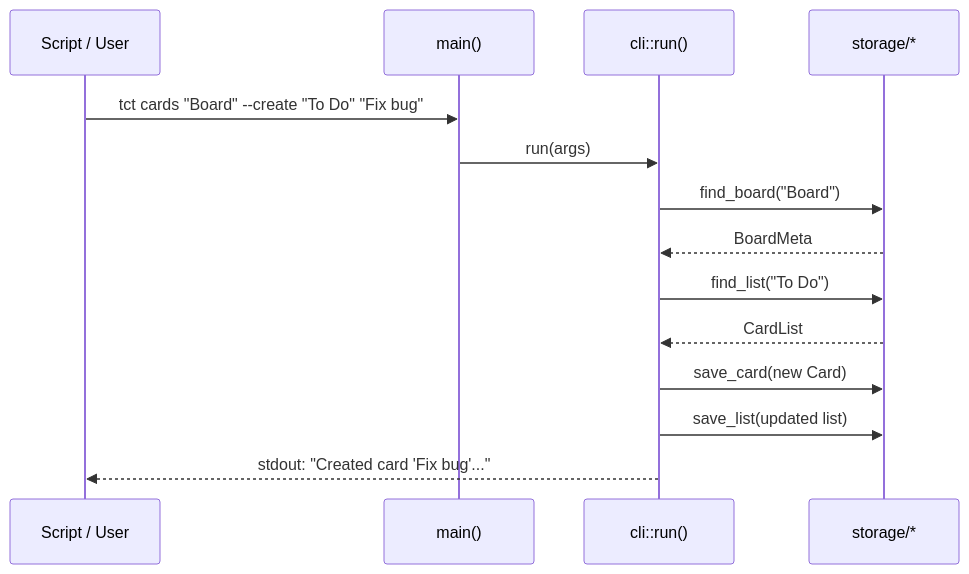
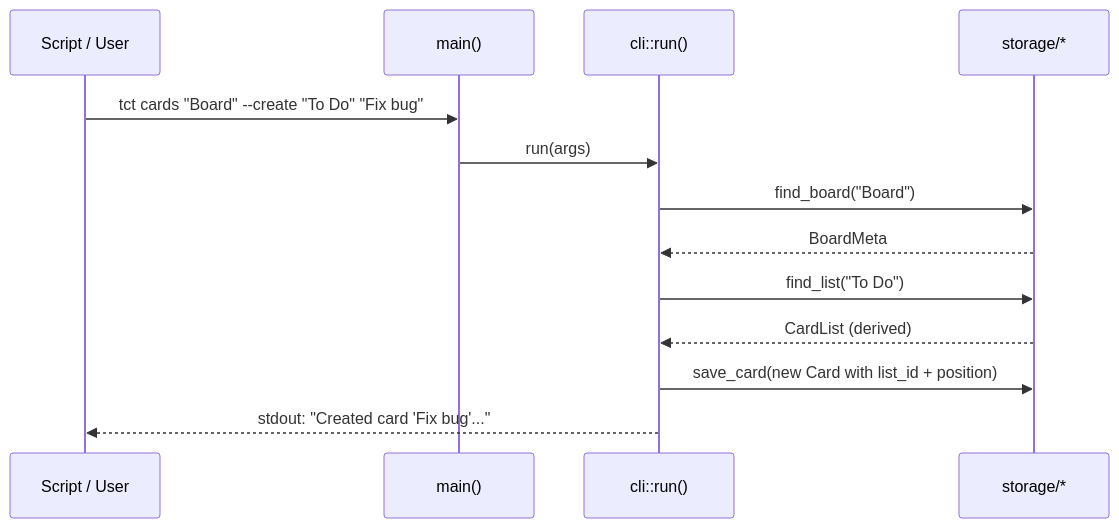
One commit to waschmittel/tct changed the fifth of 11 diagrams in docs/arc42.md. Above: the diagram before and after it, drawn with Mermaid. The commit also changed other lines of this file and 20 other files, not shown here.

First line of the commit message:
refactor: card-owned list membership to eliminate orphan-card hazard

````diff
--- a/docs/arc42.md
+++ b/docs/arc42.md
@@ -333,17 +333,16 @@
 ```mermaid
 sequenceDiagram
     participant Script as Script / User
     participant Main as main()
     participant CLI as cli::run()
     participant Storage as storage/*
 
     Script->>Main: tct cards "Board" --create "To Do" "Fix bug"
     Main->>CLI: run(args)
     CLI->>Storage: find_board("Board")
     Storage-->>CLI: BoardMeta
     CLI->>Storage: find_list("To Do")
-    Storage-->>CLI: CardList
-    CLI->>Storage: save_card(new Card)
-    CLI->>Storage: save_list(updated list)
+    Storage-->>CLI: CardList (derived)
+    CLI->>Storage: save_card(new Card with list_id + position)
     CLI-->>Script: stdout: "Created card 'Fix bug'..."
 ```
````
